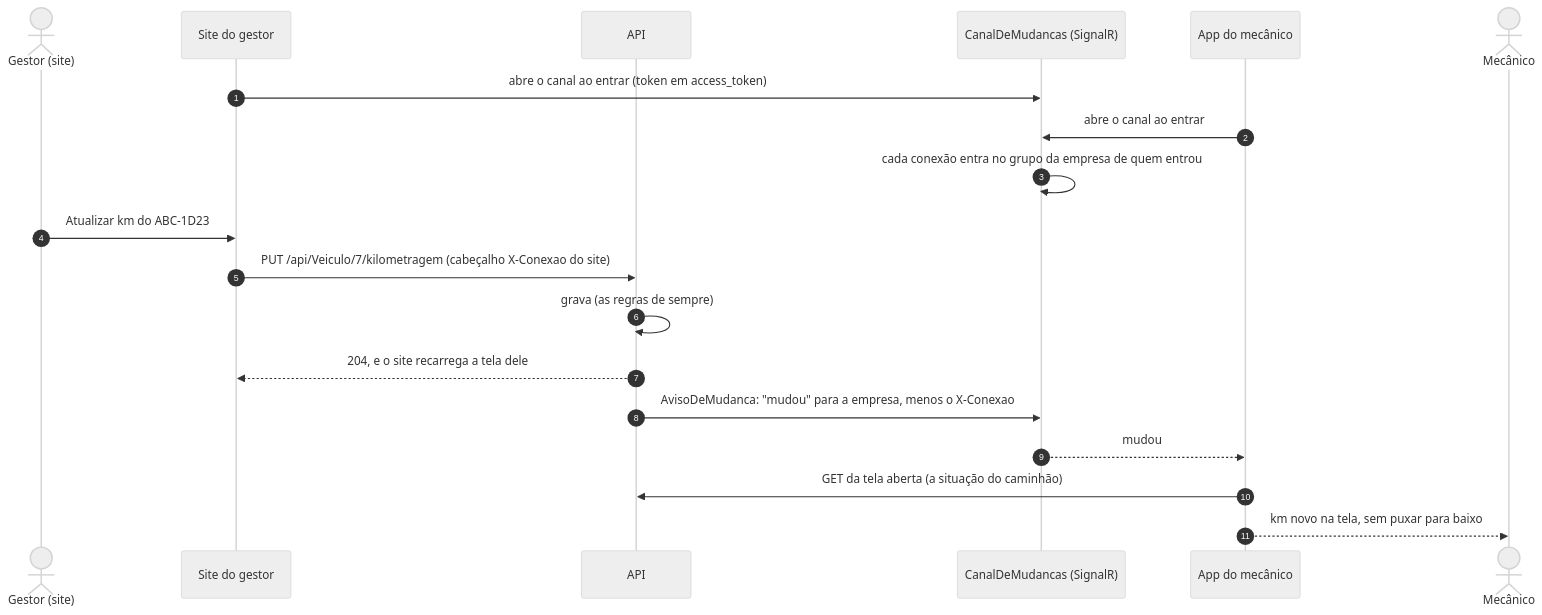
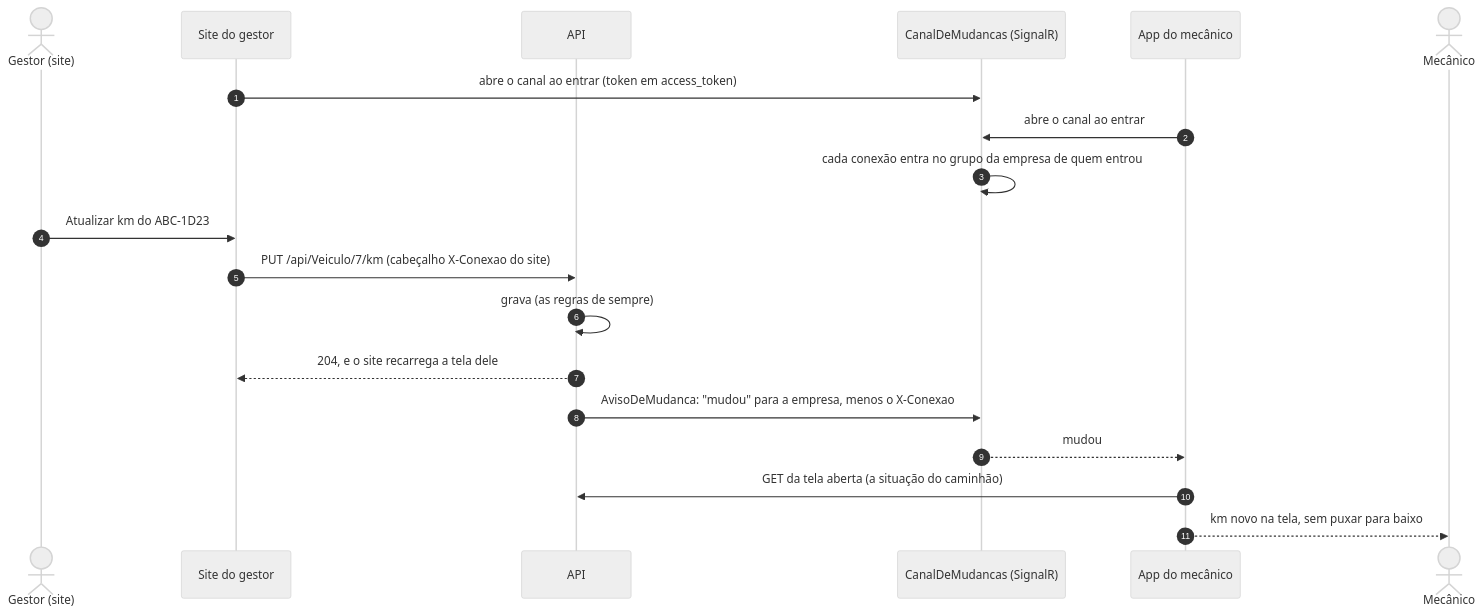
The fifth of 9 diagrams in docs/fluxos.md (LeandroPoletti/CheckTruck), drawn with Mermaid (neutral theme) before and after one commit. The commit also changed other lines of this file and 74 other files, not shown here.

````diff
--- a/docs/fluxos.md
+++ b/docs/fluxos.md
@@ -132,22 +132,22 @@
 ```mermaid
 sequenceDiagram
     autonumber
     actor G as Gestor (site)
     participant S as Site do gestor
     participant A as API
     participant C as CanalDeMudancas (SignalR)
     participant App as App do mecânico
     actor M as Mecânico
 
     S->>C: abre o canal ao entrar (token em access_token)
     App->>C: abre o canal ao entrar
     C->>C: cada conexão entra no grupo da empresa de quem entrou
     G->>S: Atualizar km do ABC-1D23
-    S->>A: PUT /api/Veiculo/7/kilometragem (cabeçalho X-Conexao do site)
+    S->>A: PUT /api/Veiculo/7/km (cabeçalho X-Conexao do site)
     A->>A: grava (as regras de sempre)
     A-->>S: 204, e o site recarrega a tela dele
     A->>C: AvisoDeMudanca: "mudou" para a empresa, menos o X-Conexao
     C-->>App: mudou
     App->>A: GET da tela aberta (a situação do caminhão)
     App-->>M: km novo na tela, sem puxar para baixo
 ```
````
